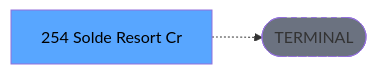
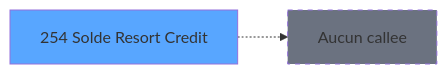
One commit to thonyAGP/magic-migration changed the second of 2 diagrams in .openspec/specs/ADH-IDE-254.md. Above: the diagram before and after it, drawn with Mermaid. The commit also changed other lines of this file and 20 other files, not shown here.

````diff
--- a/.openspec/specs/ADH-IDE-254.md
+++ b/.openspec/specs/ADH-IDE-254.md
@@ -134,8 +287,8 @@
 ```mermaid
 graph LR
-    T[254 Solde Resort Cr]
-    TERM([TERMINAL])
-    T -.-> TERM
-    style TERM fill:#6b7280,stroke-dasharray: 5 5
-    style T fill:#58a6ff,color:#000
+    T254[254 Solde Resort Credit]
+    style T254 fill:#58a6ff
+    NONE[Aucun callee]
+    T254 -.-> NONE
+    style NONE fill:#6b7280,stroke-dasharray: 5 5
 ```
````
